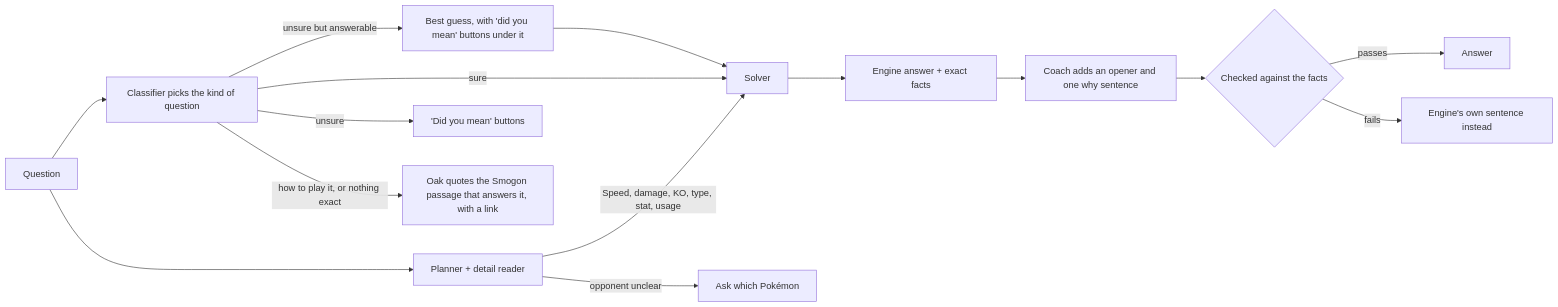
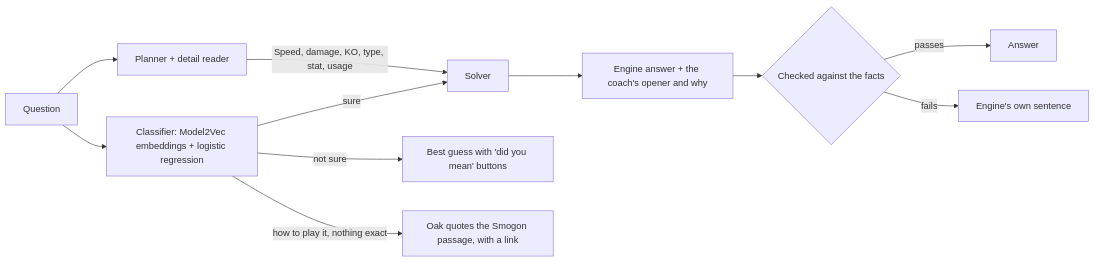
Before and after one commit to NamikazeAsh/MetaMatch: the second of 2 diagrams in README.md, drawn with Mermaid. The commit also changed other lines of this file, not shown here.

Commit message:
Simplify the coach diagram and name the classifier

````diff
--- a/README.md
+++ b/README.md
@@ -119,17 +119,13 @@
 ```mermaid
 graph LR
     Q["Question"] --> P["Planner + detail reader"]
-    Q --> K["Classifier picks the kind of question"]
+    Q --> K["Classifier: Model2Vec embeddings + logistic regression"]
     P -->|"Speed, damage, KO, type, stat, usage"| S["Solver"]
     K -->|"sure"| S
-    K -->|"unsure but answerable"| H["Best guess, with 'did you mean' buttons under it"]
-    H --> S
-    K -->|"unsure"| D["'Did you mean' buttons"]
-    S --> A["Engine answer + exact facts"]
-    A --> V["Coach adds an opener and one why sentence"]
+    K -->|"not sure"| D["Best guess with 'did you mean' buttons"]
+    K -->|"how to play it, nothing exact"| G["Oak quotes the Smogon passage, with a link"]
+    S --> V["Engine answer + the coach's opener and why"]
     V --> C{"Checked against the facts"}
     C -->|passes| OUT["Answer"]
-    C -->|fails| F["Engine's own sentence instead"]
-    P -->|"opponent unclear"| Q2["Ask which Pokémon"]
-    K -->|"how to play it, or nothing exact"| G["Oak quotes the Smogon passage that answers it, with a link"]
+    C -->|fails| F["Engine's own sentence"]
 ```
````
